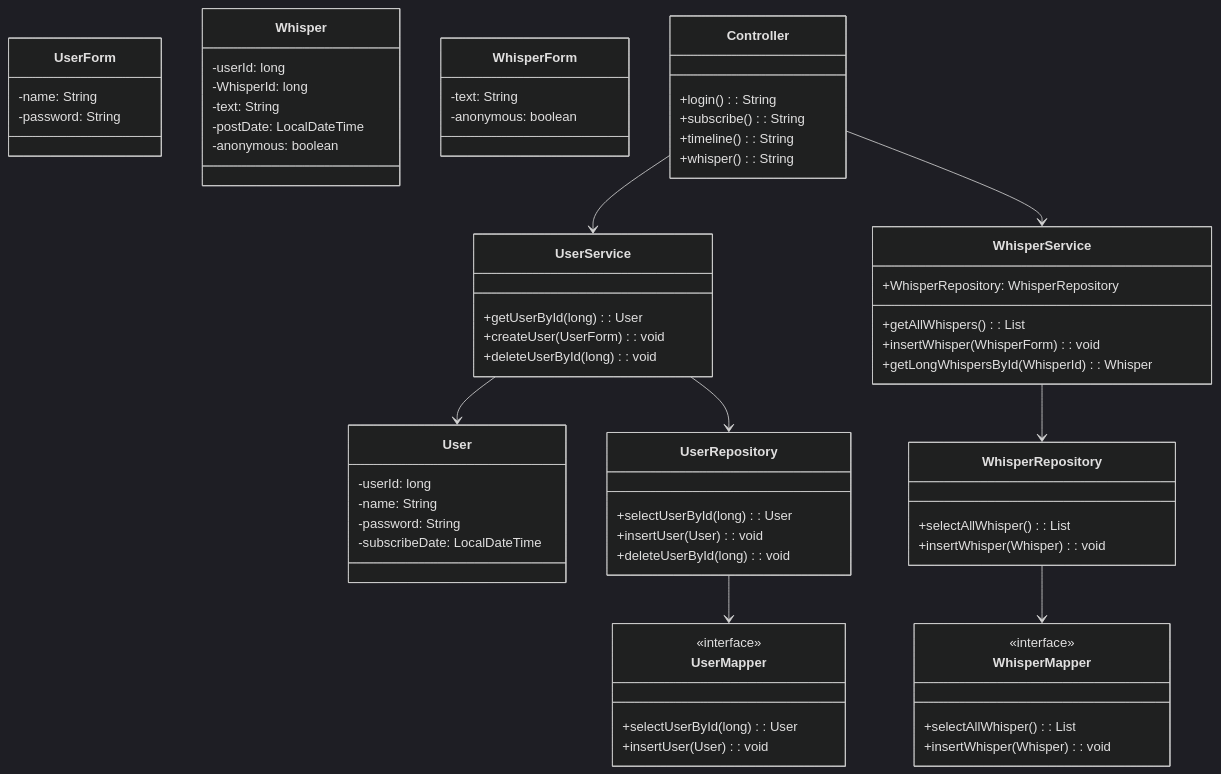
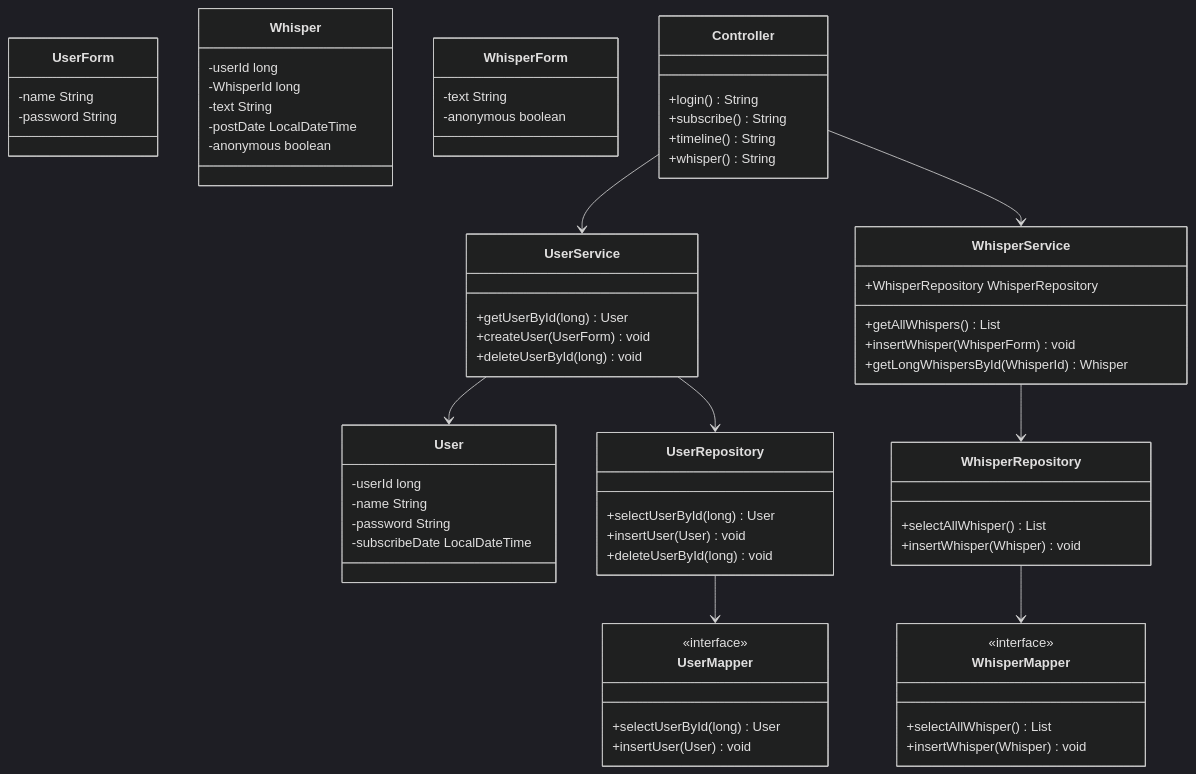
One commit to yukiyuukiyuuuki/breeze changed the first of 2 diagrams in other/structure.md. Above: the diagram before and after it, drawn with Mermaid (dark theme). The commit also changed other lines of this file, not shown here.

Commit message:
fix : remove colon

````diff
--- a/other/structure.md
+++ b/other/structure.md
@@ -2,68 +2,68 @@
 ```mermaid
 classDiagram
     class UserService {
-        +getUserById(long): User
-        +createUser(UserForm): void
-        +deleteUserById(long): void
+        +getUserById(long) User
+        +createUser(UserForm) void
+        +deleteUserById(long) void
     }
     class User {
-        -userId: long
-        -name: String
-        -password: String
-        -subscribeDate: LocalDateTime
+        -userId long
+        -name String
+        -password String
+        -subscribeDate LocalDateTime
     }
     class UserRepository {
-        +selectUserById(long): User
-        +insertUser(User): void
-        +deleteUserById(long): void
+        +selectUserById(long) User
+        +insertUser(User) void
+        +deleteUserById(long) void
     }
     class UserMapper {
         <<interface>>
-        +selectUserById(long): User
-        +insertUser(User): void
+        +selectUserById(long) User
+        +insertUser(User) void
     }
     class UserForm {
-        -name: String
-        -password: String
+        -name String
+        -password String
     }
     class WhisperService {
-        +WhisperRepository: WhisperRepository
-        +getAllWhispers(): List<Whisper>
-        +insertWhisper(WhisperForm): void
-        +getLongWhispersById(WhisperId): Whisper
+        +WhisperRepository WhisperRepository
+        +getAllWhispers() List<Whisper>
+        +insertWhisper(WhisperForm) void
+        +getLongWhispersById(WhisperId) Whisper
     }
     class Whisper {
-        -userId: long
-        -WhisperId: long
-        -text: String
-        -postDate: LocalDateTime
-        -anonymous: boolean
+        -userId long
+        -WhisperId long
+        -text String
+        -postDate LocalDateTime
+        -anonymous boolean
     }
     class WhisperRepository {
-        +selectAllWhisper(): List<Whisper>
-        +insertWhisper(Whisper): void
+        +selectAllWhisper() List<Whisper>
+        +insertWhisper(Whisper) void
     }
     class WhisperMapper {
         <<interface>>
-        +selectAllWhisper(): List<Whisper>
-        +insertWhisper(Whisper): void
+        +selectAllWhisper() List<Whisper>
+        +insertWhisper(Whisper) void
     }
     class WhisperForm {
-        -text: String
-        -anonymous: boolean
+        -text String
+        -anonymous boolean
     }
     class Controller {
-        +login(): String
-        +subscribe(): String
-        +timeline(): String
-        +whisper(): String
+        +login() String
+        +subscribe() String
+        +timeline() String
+        +whisper() String
     }
 
     UserService --> User
     UserService --> UserRepository
     UserRepository --> UserMapper
     WhisperService --> WhisperRepository
     WhisperRepository --> WhisperMapper
     Controller --> UserService
     Controller --> WhisperService
 ```
````
